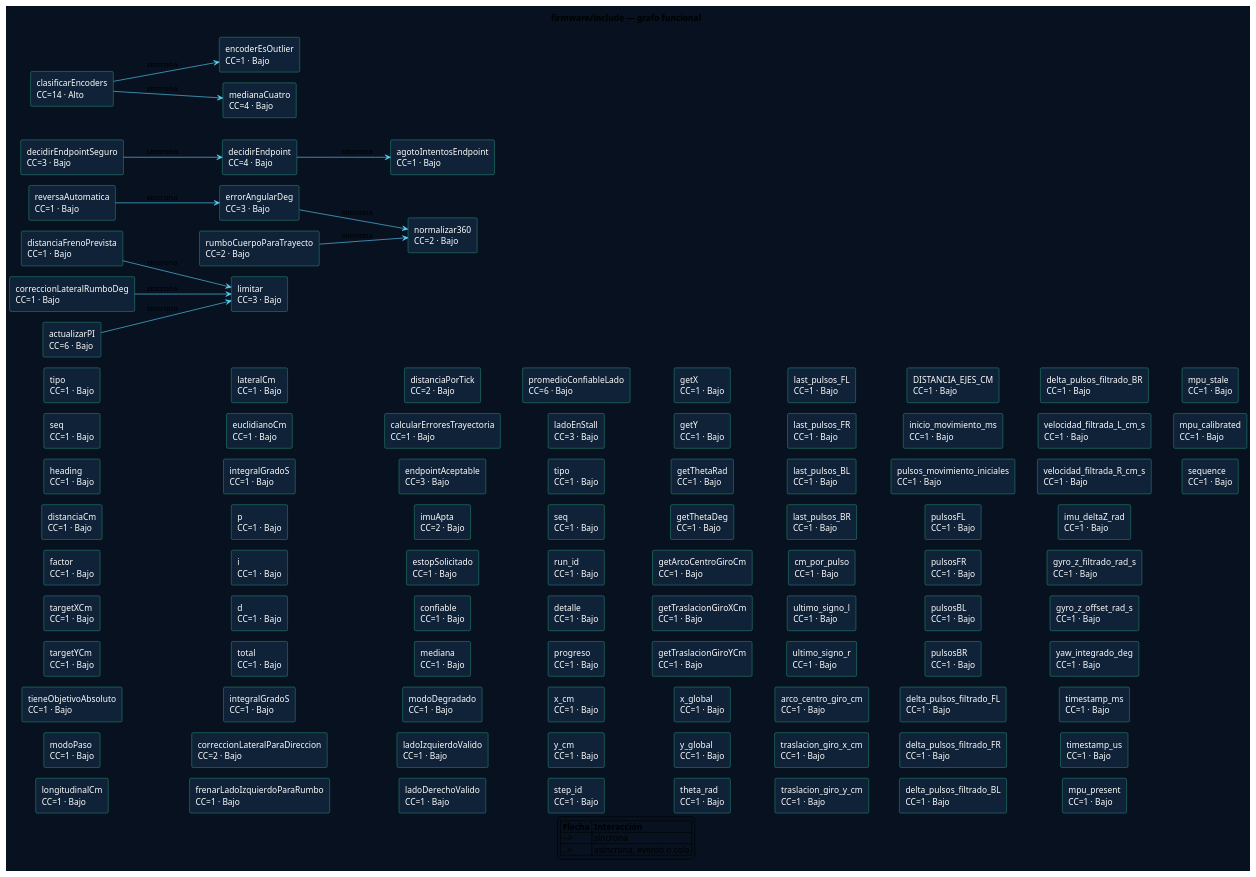
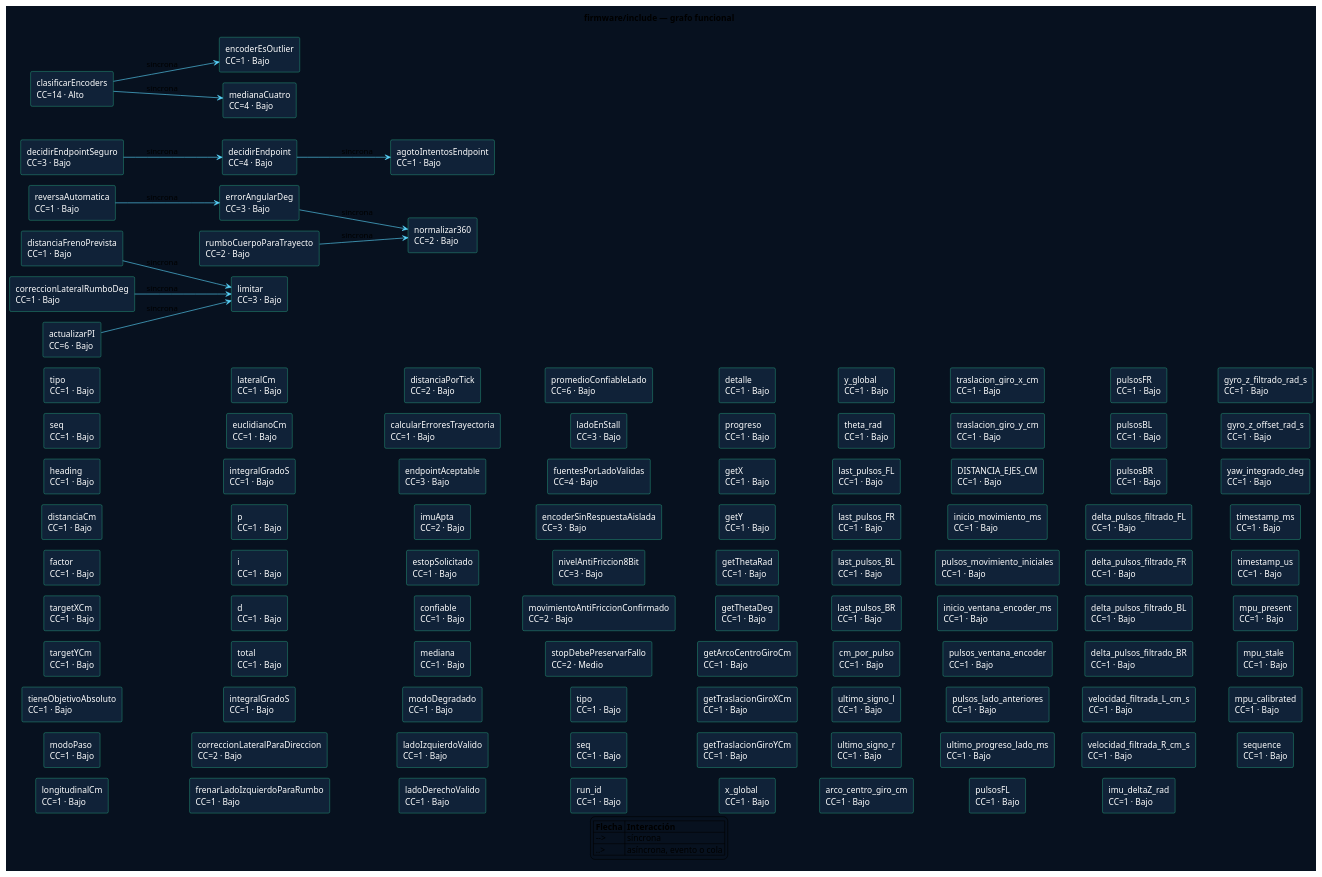
The diagram in docs_markdowns/uml/plantuml/firmware_include.puml (RubenAndresGome/carroTest3-For-Esp32-s3-wroom), drawn with PlantUML before and after one commit. The commit also changed 112 other files, not shown here.

```diff
--- a/docs_markdowns/uml/plantuml/firmware_include.puml
+++ b/docs_markdowns/uml/plantuml/firmware_include.puml
@@ -1,123 +1,129 @@
 @startuml
 !pragma layout smetana
 left to right direction
 skinparam backgroundColor #07111F
 skinparam componentStyle rectangle
 skinparam componentBackgroundColor #102238
 skinparam componentBorderColor #39E6AA
 skinparam componentFontColor white
 skinparam ArrowColor #5BD8FF
 title firmware/include — grafo funcional
 component "tipo\nCC=1 · Bajo" as nb9d52df174
 component "seq\nCC=1 · Bajo" as n54e28a7808
 component "heading\nCC=1 · Bajo" as na384e552ee
 component "distanciaCm\nCC=1 · Bajo" as n19302bb7c7
 component "factor\nCC=1 · Bajo" as n1a150105f0
 component "targetXCm\nCC=1 · Bajo" as n359e3192c8
 component "targetYCm\nCC=1 · Bajo" as n3ddd954461
 component "tieneObjetivoAbsoluto\nCC=1 · Bajo" as nd0867b25a6
 component "modoPaso\nCC=1 · Bajo" as n475cac3a15
 component "longitudinalCm\nCC=1 · Bajo" as naf5b9be116
 component "lateralCm\nCC=1 · Bajo" as n7d8fcdccb4
 component "euclidianoCm\nCC=1 · Bajo" as n56c5928aa3
 component "integralGradoS\nCC=1 · Bajo" as n443a3bfa6b
 component "p\nCC=1 · Bajo" as nd35097c3a5
 component "i\nCC=1 · Bajo" as n7314fc80d8
 component "d\nCC=1 · Bajo" as nbb3bcd73ea
 component "total\nCC=1 · Bajo" as n05c7a68a3c
 component "integralGradoS\nCC=1 · Bajo" as n2e3822c0b7
 component "limitar\nCC=3 · Bajo" as nfd68ebbf51
 component "normalizar360\nCC=2 · Bajo" as n055e6556b4
 component "errorAngularDeg\nCC=3 · Bajo" as n40c8cb2eef
 component "reversaAutomatica\nCC=1 · Bajo" as nbe93f15ded
 component "rumboCuerpoParaTrayecto\nCC=2 · Bajo" as nb3b8b073ec
 component "correccionLateralParaDireccion\nCC=2 · Bajo" as n0fcdf5f124
 component "frenarLadoIzquierdoParaRumbo\nCC=1 · Bajo" as n8079dd1716
 component "distanciaPorTick\nCC=2 · Bajo" as nabeea36787
 component "distanciaFrenoPrevista\nCC=1 · Bajo" as nc92c4c3dbd
 component "calcularErroresTrayectoria\nCC=1 · Bajo" as n77bb7c210f
 component "correccionLateralRumboDeg\nCC=1 · Bajo" as n2ed90afeb2
 component "actualizarPI\nCC=6 · Bajo" as na4be9f82eb
 component "endpointAceptable\nCC=3 · Bajo" as n6686d80e74
 component "agotoIntentosEndpoint\nCC=1 · Bajo" as n123b18d6f2
 component "decidirEndpoint\nCC=4 · Bajo" as n2e65f908c7
 component "decidirEndpointSeguro\nCC=3 · Bajo" as n14c5e62500
 component "imuApta\nCC=2 · Bajo" as nc112944dbf
 component "estopSolicitado\nCC=1 · Bajo" as neefa84e65c
 component "encoderEsOutlier\nCC=1 · Bajo" as na3d5c6af71
 component "confiable\nCC=1 · Bajo" as n015925b31b
 component "mediana\nCC=1 · Bajo" as n1dd147497d
 component "modoDegradado\nCC=1 · Bajo" as n4af4da39bf
 component "ladoIzquierdoValido\nCC=1 · Bajo" as nbc1218dd16
 component "ladoDerechoValido\nCC=1 · Bajo" as n641bb93d5b
 component "medianaCuatro\nCC=4 · Bajo" as nd631f6f320
 component "clasificarEncoders\nCC=14 · Alto" as n6a1353563a
 component "promedioConfiableLado\nCC=6 · Bajo" as n35f31e7c43
 component "ladoEnStall\nCC=3 · Bajo" as ndd6f549d25
+component "fuentesPorLadoValidas\nCC=4 · Bajo" as ned19fbf336
+component "encoderSinRespuestaAislada\nCC=3 · Bajo" as n5097db7551
+component "nivelAntiFriccion8Bit\nCC=3 · Bajo" as n92bcf0cf35
+component "movimientoAntiFriccionConfirmado\nCC=2 · Bajo" as n812e2668e9
+component "stopDebePreservarFallo\nCC=2 · Medio" as n55f597d38b
 component "tipo\nCC=1 · Bajo" as nae6550dc08
 component "seq\nCC=1 · Bajo" as na459c2b651
 component "run_id\nCC=1 · Bajo" as nf13fbcc40f
 component "detalle\nCC=1 · Bajo" as n76ea421fa2
 component "progreso\nCC=1 · Bajo" as n62d9f5cb98
-component "x_cm\nCC=1 · Bajo" as nb9914d7cbb
-component "y_cm\nCC=1 · Bajo" as n95dbe740db
-component "step_id\nCC=1 · Bajo" as nfd79d6b1ab
 component "getX\nCC=1 · Bajo" as n3bb4d1fc5e
 component "getY\nCC=1 · Bajo" as n9130f7fc90
 component "getThetaRad\nCC=1 · Bajo" as n1834fa7be3
 component "getThetaDeg\nCC=1 · Bajo" as n07aa956131
 component "getArcoCentroGiroCm\nCC=1 · Bajo" as n82c0e0074d
 component "getTraslacionGiroXCm\nCC=1 · Bajo" as n2fc3d55854
 component "getTraslacionGiroYCm\nCC=1 · Bajo" as nbe71efe7e7
 component "x_global\nCC=1 · Bajo" as nbedd71425a
 component "y_global\nCC=1 · Bajo" as nd7a4b30061
 component "theta_rad\nCC=1 · Bajo" as naaf8b63ce1
 component "last_pulsos_FL\nCC=1 · Bajo" as nb5a3b6f3c6
 component "last_pulsos_FR\nCC=1 · Bajo" as nb9bf88a428
 component "last_pulsos_BL\nCC=1 · Bajo" as n74d860e5dc
 component "last_pulsos_BR\nCC=1 · Bajo" as n6efa12ee47
 component "cm_por_pulso\nCC=1 · Bajo" as nca786383e3
 component "ultimo_signo_l\nCC=1 · Bajo" as nb936c76155
 component "ultimo_signo_r\nCC=1 · Bajo" as nb3c380a9a3
 component "arco_centro_giro_cm\nCC=1 · Bajo" as n1188c6a6bf
 component "traslacion_giro_x_cm\nCC=1 · Bajo" as nf4fed91bea
 component "traslacion_giro_y_cm\nCC=1 · Bajo" as n6bc5cba68b
 component "DISTANCIA_EJES_CM\nCC=1 · Bajo" as nedb05230fb
-component "inicio_movimiento_ms\nCC=1 · Bajo" as nb8a33f8356
-component "pulsos_movimiento_iniciales\nCC=1 · Bajo" as nfcd2379a57
+component "inicio_movimiento_ms\nCC=1 · Bajo" as n21514037cb
+component "pulsos_movimiento_iniciales\nCC=1 · Bajo" as nd68d40171a
+component "inicio_ventana_encoder_ms\nCC=1 · Bajo" as ne0be1a0dfd
+component "pulsos_ventana_encoder\nCC=1 · Bajo" as n0f5c6a90b0
+component "pulsos_lado_anteriores\nCC=1 · Bajo" as n86a0c33a6e
+component "ultimo_progreso_lado_ms\nCC=1 · Bajo" as n9ae96fe14f
 component "pulsosFL\nCC=1 · Bajo" as na1bb2d9854
 component "pulsosFR\nCC=1 · Bajo" as nd1a857052e
 component "pulsosBL\nCC=1 · Bajo" as n9d7f448fe0
 component "pulsosBR\nCC=1 · Bajo" as n74e4f2a87a
 component "delta_pulsos_filtrado_FL\nCC=1 · Bajo" as n5b7748b089
 component "delta_pulsos_filtrado_FR\nCC=1 · Bajo" as n59e87ae3c9
 component "delta_pulsos_filtrado_BL\nCC=1 · Bajo" as n71156c1ab3
 component "delta_pulsos_filtrado_BR\nCC=1 · Bajo" as n0dc73f2365
 component "velocidad_filtrada_L_cm_s\nCC=1 · Bajo" as n4620569983
 component "velocidad_filtrada_R_cm_s\nCC=1 · Bajo" as n0a82169272
 component "imu_deltaZ_rad\nCC=1 · Bajo" as ndfa959ae0b
 component "gyro_z_filtrado_rad_s\nCC=1 · Bajo" as n887ffd1cbd
 component "gyro_z_offset_rad_s\nCC=1 · Bajo" as n28dd55e800
 component "yaw_integrado_deg\nCC=1 · Bajo" as n6a9588871e
 component "timestamp_ms\nCC=1 · Bajo" as n92b92815e1
 component "timestamp_us\nCC=1 · Bajo" as n53765c5a44
 component "mpu_present\nCC=1 · Bajo" as n6d2232461b
 component "mpu_stale\nCC=1 · Bajo" as n588b6ba92e
 component "mpu_calibrated\nCC=1 · Bajo" as n7c7ebe4c92
 component "sequence\nCC=1 · Bajo" as n19143883c9
 n40c8cb2eef --> n055e6556b4 : síncrona
 nbe93f15ded --> n40c8cb2eef : síncrona
 nb3b8b073ec --> n055e6556b4 : síncrona
 nc92c4c3dbd --> nfd68ebbf51 : síncrona
 n2ed90afeb2 --> nfd68ebbf51 : síncrona
 na4be9f82eb --> nfd68ebbf51 : síncrona
 n2e65f908c7 --> n123b18d6f2 : síncrona
 n14c5e62500 --> n2e65f908c7 : síncrona
 n6a1353563a --> na3d5c6af71 : síncrona
 n6a1353563a --> nd631f6f320 : síncrona
 legend
 |= Flecha |= Interacción |
 | --> | síncrona |
 | ..> | asíncrona, evento o cola |
 endlegend
 @enduml
```
